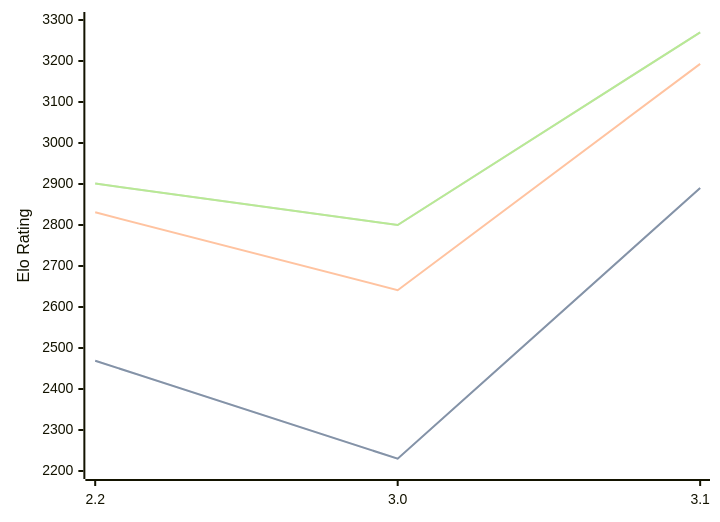
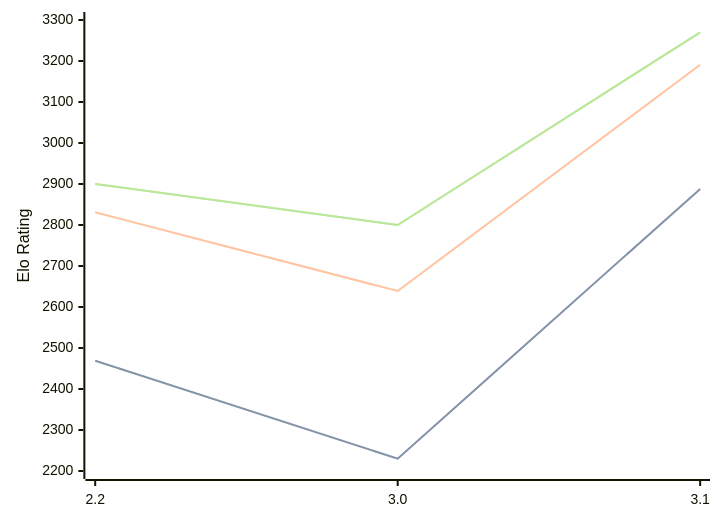
One commit to computer-chess-index/cci changed the diagram in engines/Thrawn.md. Above: the diagram before and after it, drawn with Mermaid. The commit also changed other lines of this file, not shown here.

Commit message:
Update CCI Ratings (ELO VLTC) - 2026-09-03

````diff
--- a/engines/Thrawn.md
+++ b/engines/Thrawn.md
@@ -33,11 +33,11 @@
 ```mermaid
 %%{init: {"theme":"base","themeVariables":{"seriesColors:['#a3a3a3','#222221','#faa371']}}}%%
 xychart-beta
   x-axis ["2.2", "3.0", "3.1"]
   y-axis "Elo Rating" 2200 --> 3300
-  line "" [2469, 2230, 2890]
-  line "STC (8.0+0.08s)" [2469, 2230, 2890]
-  line "LTC (60.0+0.60s)" [2831, 2641, 3193]
-  line "" [2901, 2800, 3270]
-  line "VLTC (2m24s+1.12s)" [2901, 2800, 3270]
+  line "" [2469, 2230, 2888]
+  line "STC (8.0+0.08s)" [2469, 2230, 2888]
+  line "LTC (60.0+0.60s)" [2831, 2639, 3191]
+  line "" [2900, 2800, 3270]
+  line "VLTC (2m24s+1.12s)" [2900, 2800, 3270]
 ```
````
